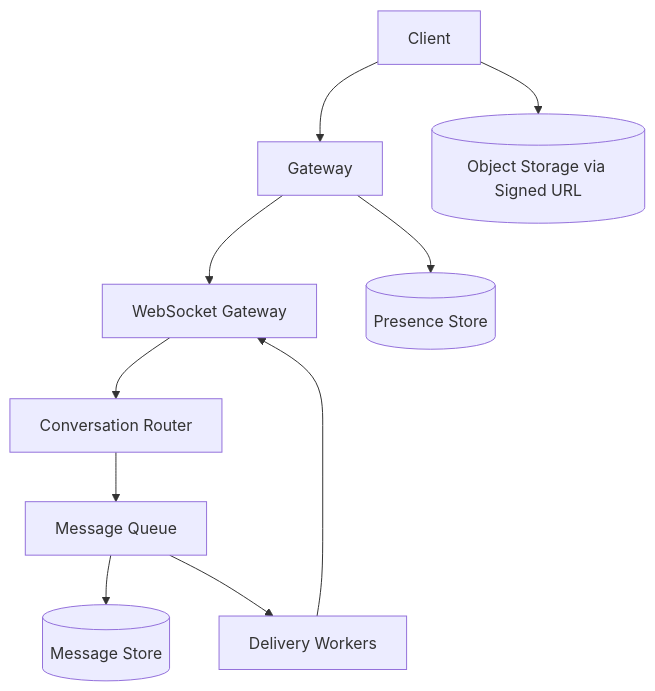
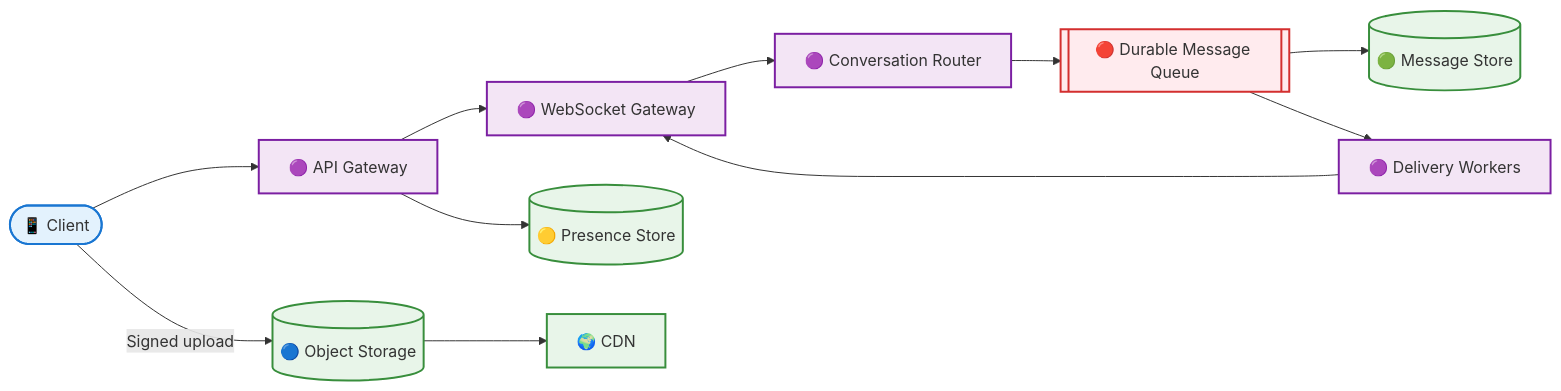
The first of 3 diagrams in System-Design/03-WhatsApp/solution.md (azam123/Engineering-Interview-Prep), drawn with Mermaid before and after one commit. The commit also changed other lines of this file, not shown here.

Commit message:
Enhance WhatsApp design with colorful animated-style diagrams and explanations

````diff
--- a/System-Design/03-WhatsApp/solution.md
+++ b/System-Design/03-WhatsApp/solution.md
@@ -26,12 +37,22 @@
 ```mermaid
-flowchart TD
- Client --> Gateway
- Gateway --> WS[WebSocket Gateway]
- WS --> Router[Conversation Router]
- Router --> Queue[Message Queue]
- Queue --> Store[(Message Store)]
- Queue --> Delivery[Delivery Workers]
- Delivery --> WS
- Gateway --> Presence[(Presence Store)]
- Client --> Media[(Object Storage via Signed URL)]
+flowchart LR
+    C([📱 Client]) --> G[🟣 API Gateway]
+    G --> WS[🟣 WebSocket Gateway]
+    WS --> R[🟣 Conversation Router]
+    R --> Q[[🔴 Durable Message Queue]]
+    Q --> S[(🟢 Message Store)]
+    Q --> D[🟣 Delivery Workers]
+    D --> WS
+    G --> P[(🟡 Presence Store)]
+    C -->|Signed upload| M[(🔵 Object Storage)]
+    M --> CDN[🌍 CDN]
+
+    classDef client fill:#E3F2FD,stroke:#1976D2,stroke-width:2px;
+    classDef compute fill:#F3E5F5,stroke:#7B1FA2,stroke-width:2px;
+    classDef data fill:#E8F5E9,stroke:#388E3C,stroke-width:2px;
+    classDef async fill:#FFEBEE,stroke:#D32F2F,stroke-width:2px;
+    class C client;
+    class G,WS,R,D compute;
+    class S,P,M,CDN data;
+    class Q async;
 ```
````
